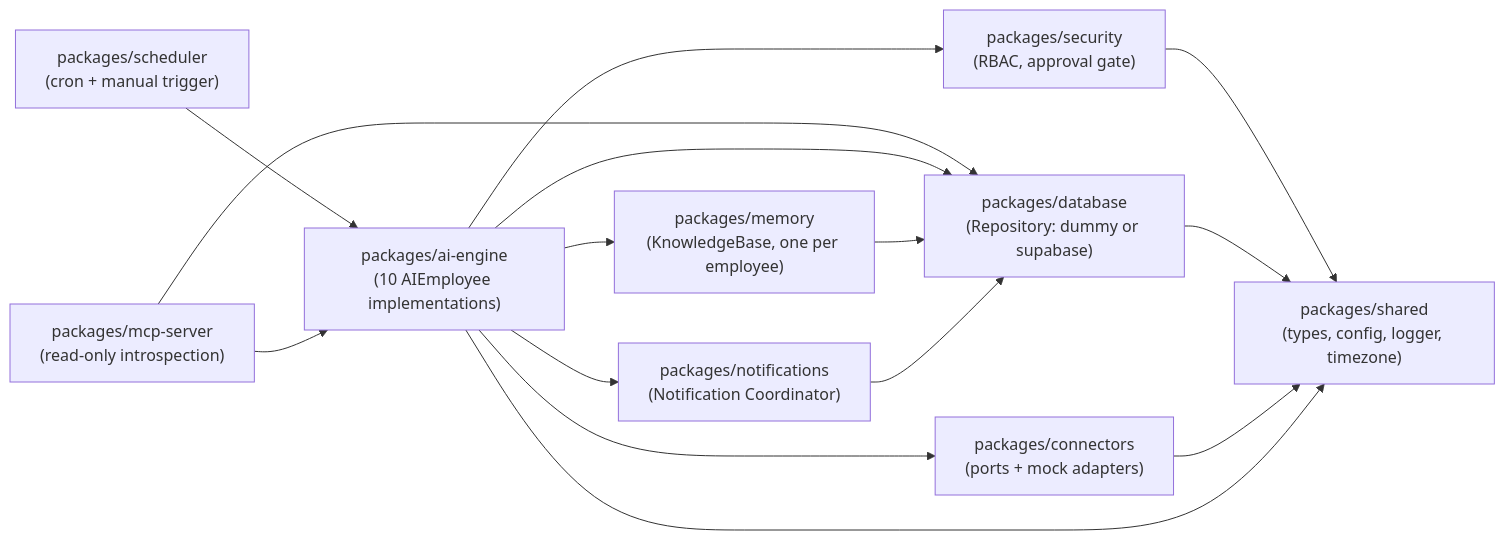
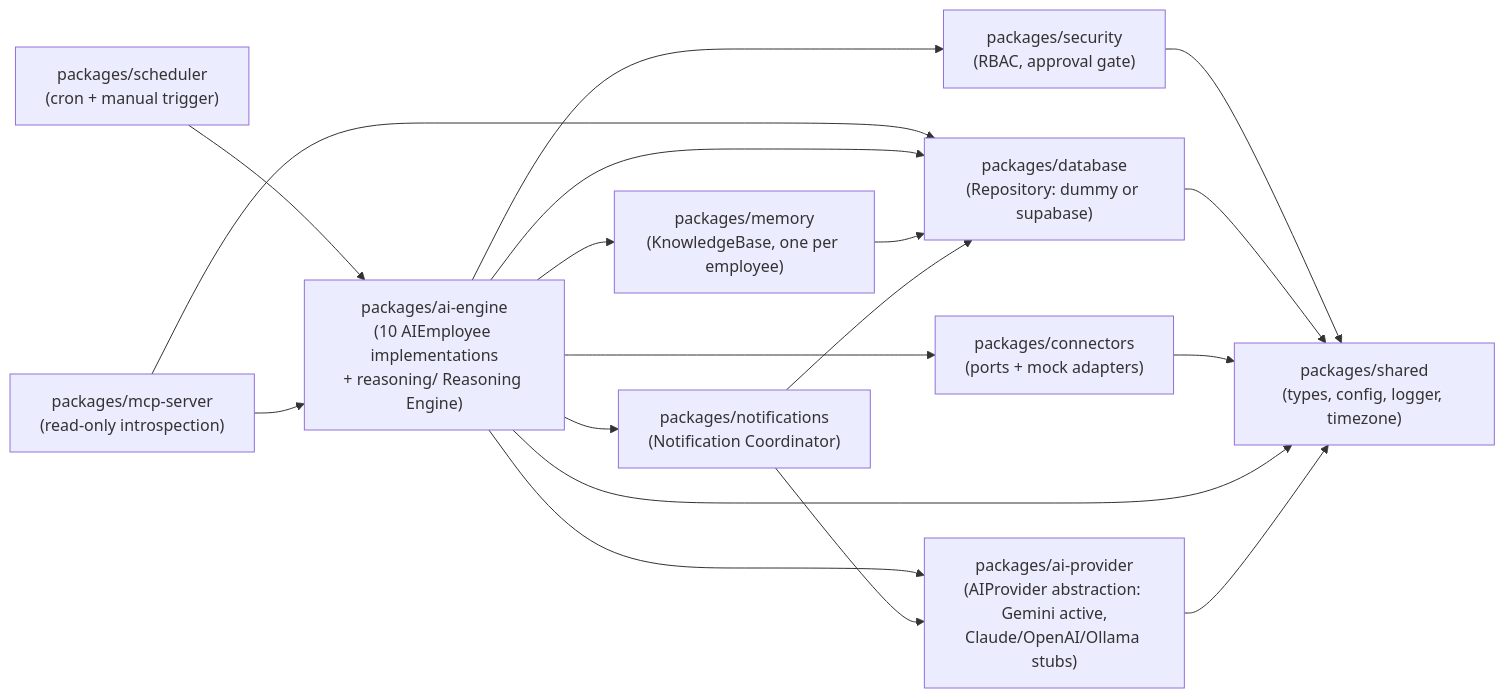
The first of 4 diagrams in docs/ARCHITECTURE.md (loonarsliving/Aiagent), drawn with Mermaid before and after one commit. The commit also changed other lines of this file and 7 other files, not shown here.

````diff
--- a/docs/ARCHITECTURE.md
+++ b/docs/ARCHITECTURE.md
@@ -23,17 +23,20 @@
 ```mermaid
 graph LR
-    Scheduler["packages/scheduler<br/>(cron + manual trigger)"] --> AIEngine["packages/ai-engine<br/>(10 AIEmployee implementations)"]
+    Scheduler["packages/scheduler<br/>(cron + manual trigger)"] --> AIEngine["packages/ai-engine<br/>(10 AIEmployee implementations<br/>+ reasoning/ Reasoning Engine)"]
     MCP["packages/mcp-server<br/>(read-only introspection)"] --> AIEngine
     MCP --> DB
     AIEngine --> Memory["packages/memory<br/>(KnowledgeBase, one per employee)"]
     AIEngine --> Security["packages/security<br/>(RBAC, approval gate)"]
     AIEngine --> Notif["packages/notifications<br/>(Notification Coordinator)"]
     AIEngine --> Connectors["packages/connectors<br/>(ports + mock adapters)"]
     AIEngine --> DB["packages/database<br/>(Repository: dummy or supabase)"]
+    AIEngine --> AIProvider["packages/ai-provider<br/>(AIProvider abstraction: Gemini active,<br/>Claude/OpenAI/Ollama stubs)"]
+    Notif --> AIProvider
     Memory --> DB
     Notif --> DB
     Security --> Shared["packages/shared<br/>(types, config, logger, timezone)"]
     DB --> Shared
     Connectors --> Shared
     AIEngine --> Shared
+    AIProvider --> Shared
 ```
````
